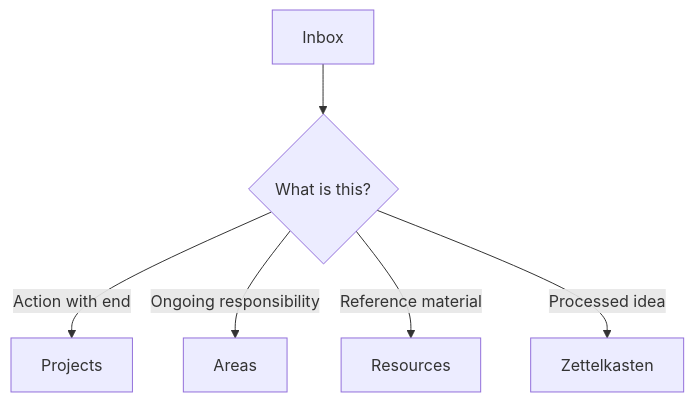
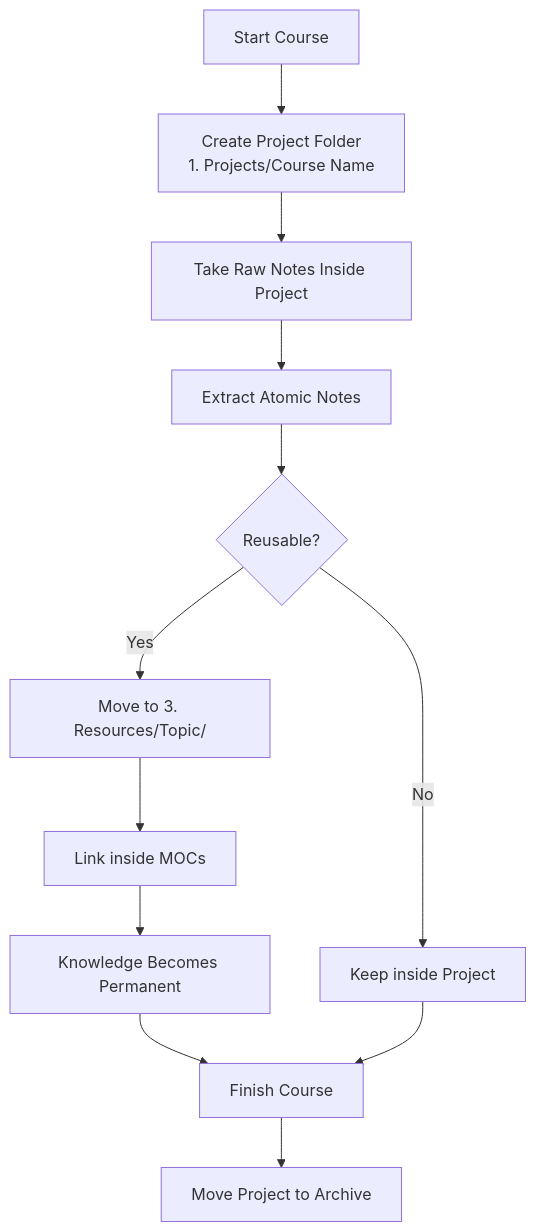
One commit to lmaoclost/para-zettel-obsidian changed the diagram in README.md. Above: the diagram before and after it, drawn with Mermaid. The commit also changed other lines of this file and 30 other files, not shown here.

`````diff
--- a/README.md
+++ b/README.md
@@ -146,8 +201,21 @@
 ```mermaid
 flowchart TD
-    A[Inbox] --> B{What is this?}
-    B -->|Action with end| C[Projects]
-    B -->|Ongoing responsibility| D[Areas]
-    B -->|Reference material| E[Resources]
-    B -->|Processed idea| F[Zettelkasten]
-````
+
+A[Start Course] --> B[Create Project Folder<br>1. Projects/Course Name]
+
+B --> C[Take Raw Notes Inside Project]
+C --> D[Extract Atomic Notes]
+
+D --> E{Reusable?}
+
+E -- Yes --> F[Move to 3. Resources/Topic/]
+E -- No --> G[Keep inside Project]
+
+F --> H[Link inside MOCs]
+H --> I[Knowledge Becomes Permanent]
+
+I --> J[Finish Course]
+G --> J
+
+J --> K[Move Project to Archive]
+```
`````
